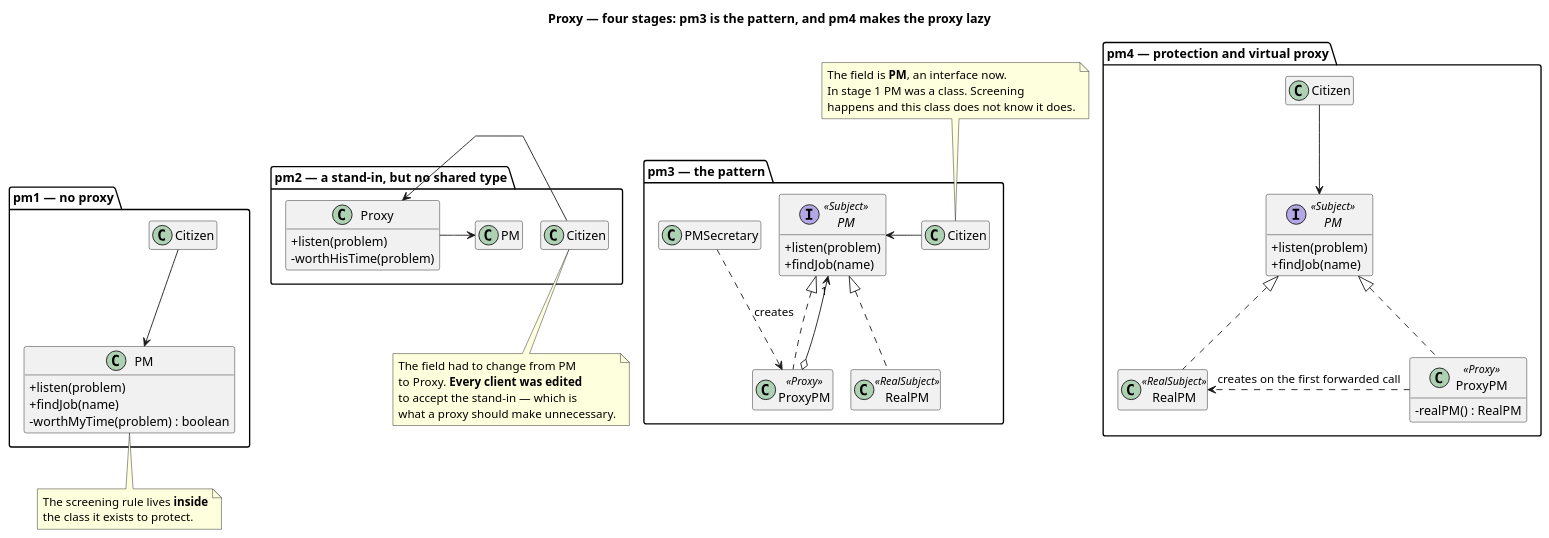
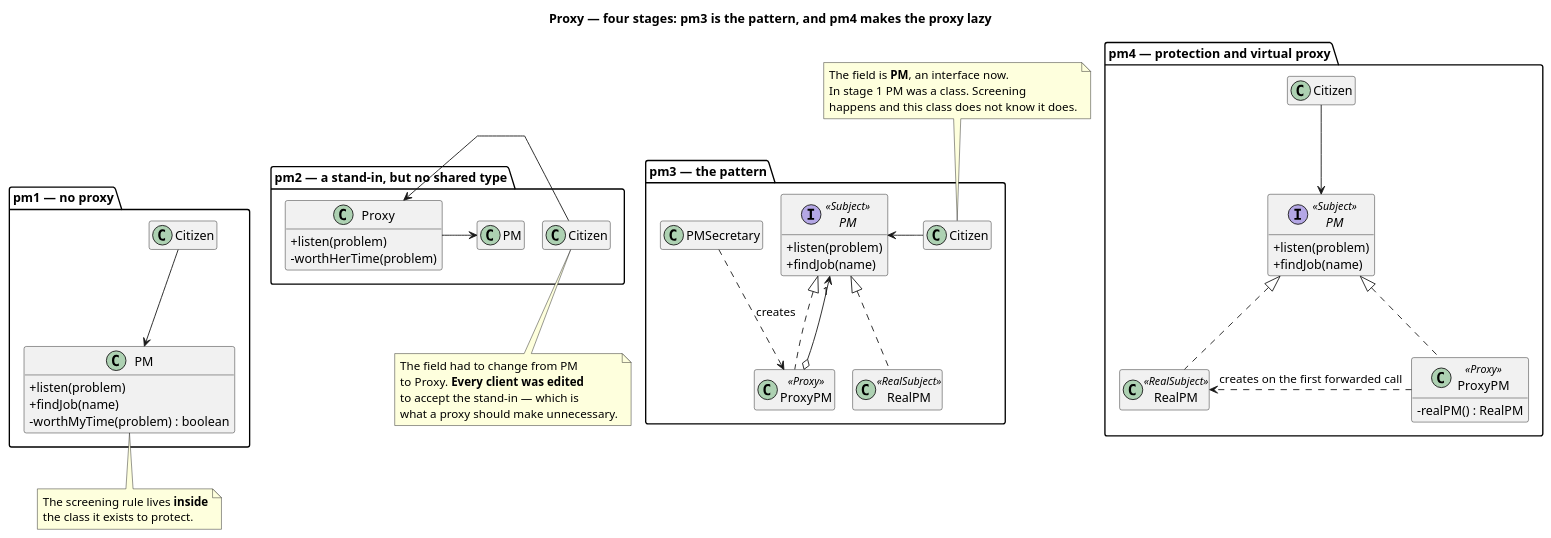
Before and after one commit to kaldiroglu/DesignPatternsWithJava: the diagram in src/main/java/dev/kaldiroglu/dp/structural/proxy/pm/uml/Proxy - Prime Minister - Class Diagram.puml, drawn with PlantUML. The commit also changed 13 other files, not shown here.

Commit message:
Proxy pm: worthHerTime in every stage, code and diagrams

```diff
--- a/src/main/java/dev/kaldiroglu/dp/structural/proxy/pm/uml/Proxy - Prime Minister - Class Diagram.puml
+++ b/src/main/java/dev/kaldiroglu/dp/structural/proxy/pm/uml/Proxy - Prime Minister - Class Diagram.puml
@@ -1,90 +1,90 @@
 @startuml "Proxy - Prime Minister - Class Diagram"
 skinparam nodesep 20
 skinparam linetype polyline
 skinparam class {
   BackgroundColor<<spacer>> transparent
   BorderColor<<spacer>> transparent
   FontColor<<spacer>> transparent
 }
 hide <<spacer>> stereotype
 hide <<spacer>> circle
 skinparam classAttributeIconSize 0
 hide empty members
 title Proxy — four stages: pm3 is the pattern, and pm4 makes the proxy lazy
 
 
 package "pm1 — no proxy" {
   class PM1 as "PM" {
     + listen(problem)
     + findJob(name)
     - worthMyTime(problem) : boolean
   }
   class Citizen1 as "Citizen"
 }
 
 package "pm2 — a stand-in, but no shared type" {
   class PM2 as "PM"
   class Proxy2 as "Proxy" {
     + listen(problem)
-    - worthHisTime(problem)
+    - worthHerTime(problem)
   }
   class Citizen2 as "Citizen"
 }
 
 package "pm3 — the pattern" {
   interface PM3 as "PM" <<Subject>> {
     + listen(problem)
     + findJob(name)
   }
   class RealPM <<RealSubject>>
   class ProxyPM <<Proxy>>
   class PMSecretary
   class Citizen3 as "Citizen"
 
   PM3 <|.. RealPM
   PM3 <|.. ProxyPM
 }
 
 note bottom of PM1
   The screening rule lives <b>inside</b>
   the class it exists to protect.
 end note
 
 note bottom of Citizen2
   The field had to change from PM
   to Proxy. <b>Every client was edited</b>
   to accept the stand-in — which is
   what a proxy should make unnecessary.
 end note
 
 note top of Citizen3
   The field is <b>PM</b>, an interface now.
   In stage 1 PM was a class. Screening
   happens and this class does not know it does.
 end note
 
 package "pm4 — protection and virtual proxy" {
   interface PM4 as "PM" <<Subject>> {
     + listen(problem)
     + findJob(name)
   }
   class RealPM4 as "RealPM" <<RealSubject>>
   class ProxyPM4 as "ProxyPM" <<Proxy>> {
     - realPM() : RealPM
   }
   class Citizen4 as "Citizen"
 
   PM4 <|.. RealPM4
   PM4 <|.. ProxyPM4
 }
   Citizen1 --> PM1
   Citizen2 -[norank]-> Proxy2
   Proxy2 -[norank]-> PM2
   ProxyPM o-[norank]-> "1" PM3
   PMSecretary .[norank].> ProxyPM : creates
   Citizen3 -[norank]-> PM3
   ProxyPM4 .[norank].> RealPM4 : creates on the first forwarded call
   Citizen4 --> PM4
 Citizen1 -[hidden]right- Citizen2
 Citizen2 -[hidden]right- Citizen3
 @enduml
```
